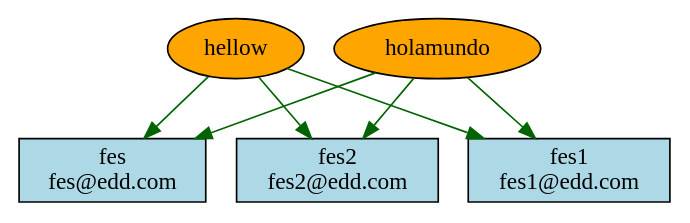
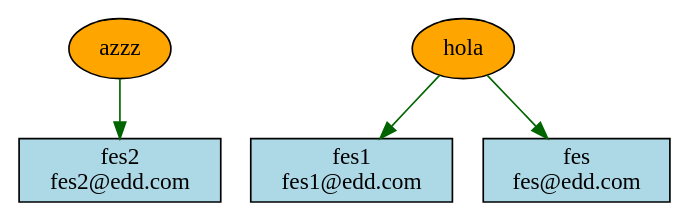
One commit to Fer-espana/Prueba03 changed the diagram in EDDMail/Root-Reportes/comunidades.dot. Above: the diagram before and after it, drawn with Graphviz. The commit also changed 40 other files, not shown here.

```diff
--- a/EDDMail/Root-Reportes/comunidades.dot
+++ b/EDDMail/Root-Reportes/comunidades.dot
@@ -1,22 +1,16 @@
 digraph Comunidades {
   rankdir=TB;
   node [shape=box, style=filled, fillcolor=lightblue];
   edge [color=darkgreen];
 
-  "hellow" [shape=ellipse, fillcolor=orange];
+  "azzz" [shape=ellipse, fillcolor=orange];
+  "fes2@edd.com" [label="fes2\nfes2@edd.com"];
+  "azzz" -> "fes2@edd.com";
+
+  "hola" [shape=ellipse, fillcolor=orange];
+  "fes1@edd.com" [label="fes1\nfes1@edd.com"];
+  "hola" -> "fes1@edd.com";
   "fes@edd.com" [label="fes\nfes@edd.com"];
-  "hellow" -> "fes@edd.com";
-  "fes2@edd.com" [label="fes2\nfes2@edd.com"];
-  "hellow" -> "fes2@edd.com";
-  "fes1@edd.com" [label="fes1\nfes1@edd.com"];
-  "hellow" -> "fes1@edd.com";
-
-  "holamundo" [shape=ellipse, fillcolor=orange];
-  "fes1@edd.com" [label="fes1\nfes1@edd.com"];
-  "holamundo" -> "fes1@edd.com";
-  "fes2@edd.com" [label="fes2\nfes2@edd.com"];
-  "holamundo" -> "fes2@edd.com";
-  "fes@edd.com" [label="fes\nfes@edd.com"];
-  "holamundo" -> "fes@edd.com";
+  "hola" -> "fes@edd.com";
 
 }
```
